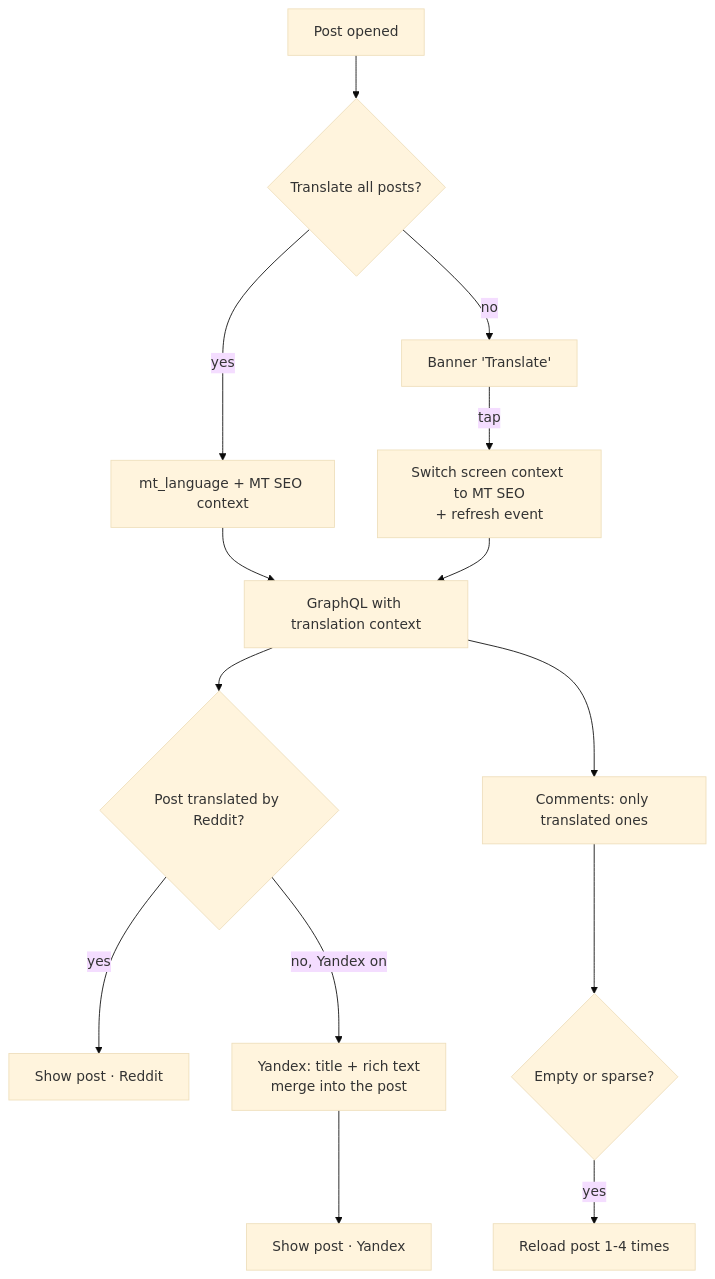
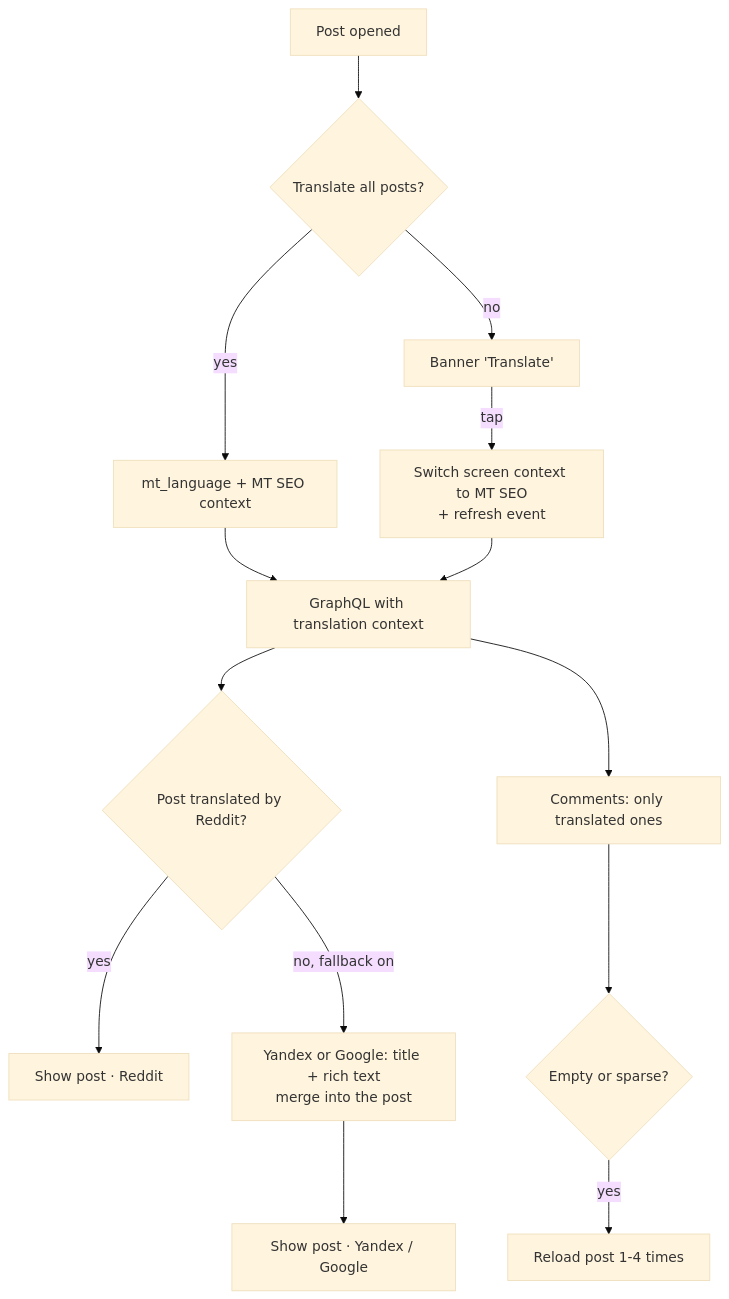
One commit to B1ays/morphe-patches changed the first of 2 diagrams in docs/reddit-translation/README.md. Above: the diagram before and after it, drawn with Mermaid (base theme). The commit also changed other lines of this file and 8 other files, not shown here.

````diff
--- a/docs/reddit-translation/README.md
+++ b/docs/reddit-translation/README.md
@@ -156,16 +172,16 @@
 ```mermaid
 flowchart TD
     A[Post opened] --> B{Translate all posts?}
     B -- yes --> C[mt_language + MT SEO context]
     B -- no --> D[Banner 'Translate']
     D -- tap --> E[Switch screen context to MT SEO<br/>+ refresh event]
     C --> F[GraphQL with translation context]
     E --> F
     F --> G{Post translated by Reddit?}
     G -- yes --> H[Show post · Reddit]
-    G -- no, Yandex on --> I[Yandex: title + rich text<br/>merge into the post]
-    I --> J[Show post · Yandex]
+    G -- no, fallback on --> I[Yandex or Google: title + rich text<br/>merge into the post]
+    I --> J[Show post · Yandex / Google]
     F --> K[Comments: only translated ones]
     K --> L{Empty or sparse?}
     L -- yes --> M[Reload post 1-4 times]
 ```
````
